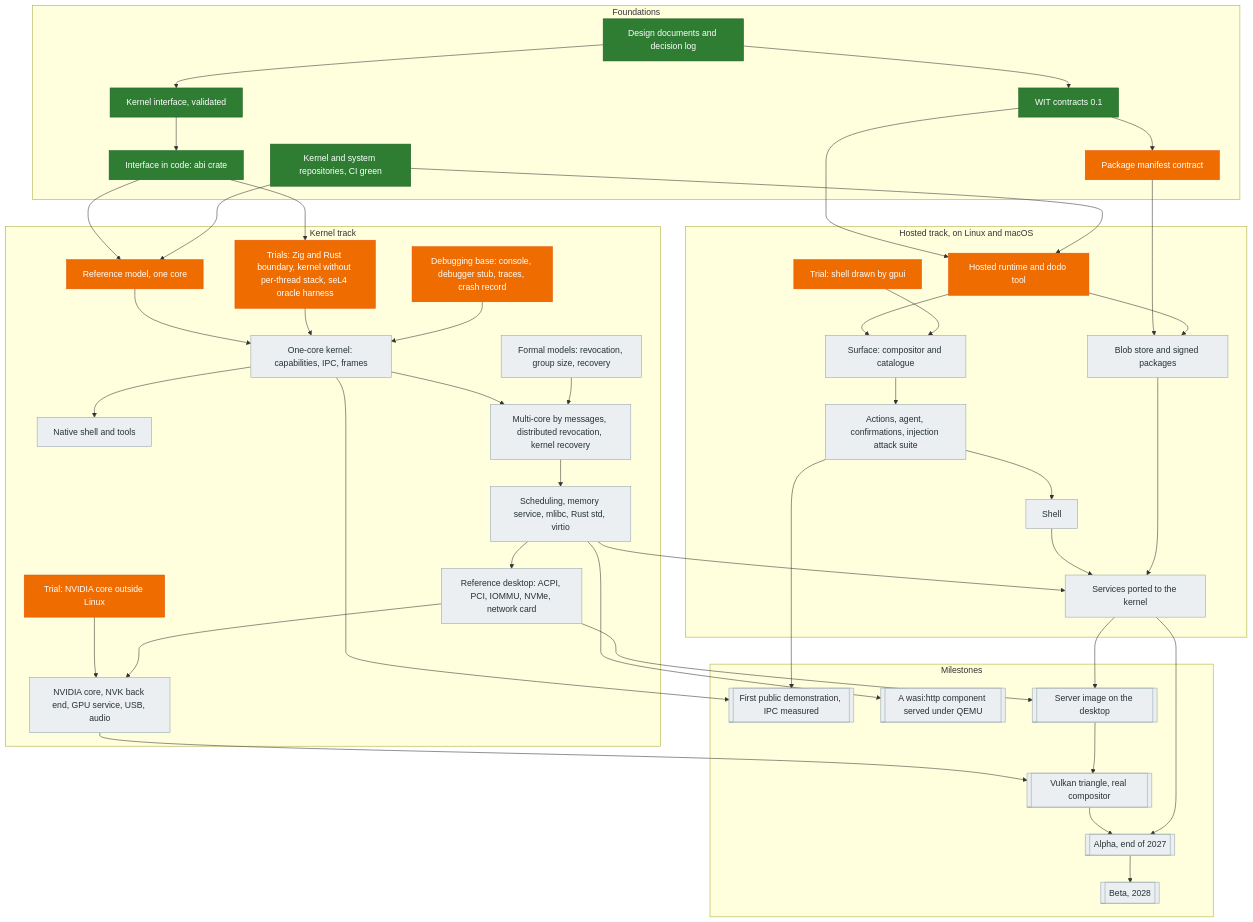
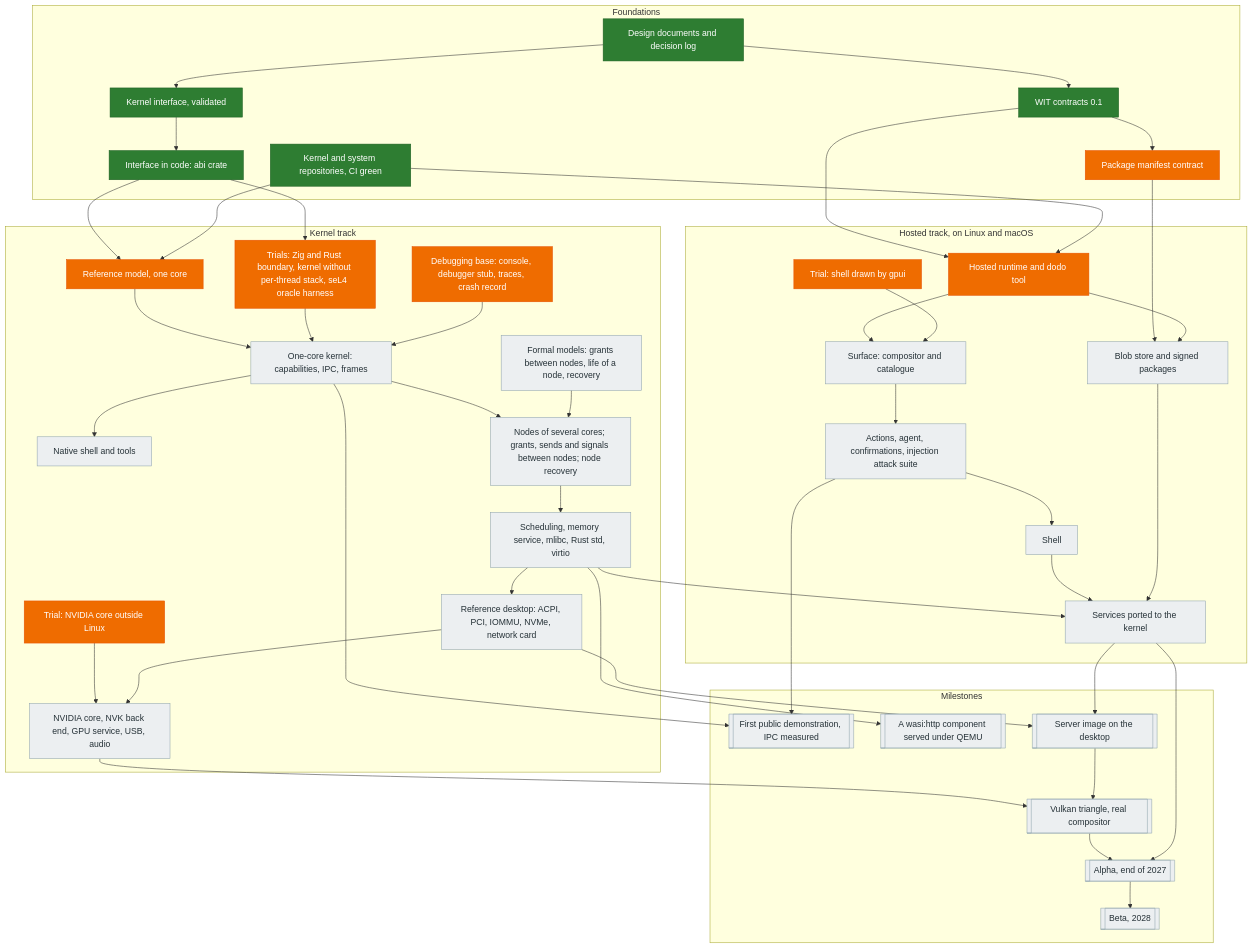
The diagram in plan/progress.md (LES-RATS/dodos-doc), drawn with Mermaid before and after one commit. The commit also changed other lines of this file and 2 other files, not shown here.

Commit message:
Plan and drafts: the shape of nodes and cores decided (D-128) and written (D-129)

````diff
--- a/plan/progress.md
+++ b/plan/progress.md
@@ -9,76 +9,76 @@
 ```mermaid
 flowchart TD
     classDef done fill:#2e7d32,stroke:#1b5e20,color:#ffffff
     classDef next fill:#ef6c00,stroke:#e65100,color:#ffffff
     classDef later fill:#eceff1,stroke:#90a4ae,color:#263238
 
     subgraph Foundations
         design["Design documents and decision log"]:::done
         kif["Kernel interface, validated"]:::done
         abi["Interface in code: abi crate"]:::done
         wit["WIT contracts 0.1"]:::done
         repos["Kernel and system repositories, CI green"]:::done
         manifest["Package manifest contract"]:::next
     end
 
     subgraph Kernel["Kernel track"]
         model["Reference model, one core"]:::next
         trials["Trials: Zig and Rust boundary, kernel without per-thread stack, seL4 oracle harness"]:::next
         debug["Debugging base: console, debugger stub, traces, crash record"]:::next
         k1["One-core kernel: capabilities, IPC, frames"]:::later
         tools["Native shell and tools"]:::later
-        models3["Formal models: revocation, group size, recovery"]:::later
-        kn["Multi-core by messages, distributed revocation, kernel recovery"]:::later
+        models3["Formal models: grants between nodes, life of a node, recovery"]:::later
+        kn["Nodes of several cores; grants, sends and signals between nodes; node recovery"]:::later
         sched["Scheduling, memory service, mlibc, Rust std, virtio"]:::later
         hw["Reference desktop: ACPI, PCI, IOMMU, NVMe, network card"]:::later
         gputrial["Trial: NVIDIA core outside Linux"]:::next
         gpu["NVIDIA core, NVK back end, GPU service, USB, audio"]:::later
     end
 
     subgraph Hosted["Hosted track, on Linux and macOS"]
         runtime["Hosted runtime and dodo tool"]:::next
         gpuitrial["Trial: shell drawn by gpui"]:::next
         surface["Surface: compositor and catalogue"]:::later
         agent["Actions, agent, confirmations, injection attack suite"]:::later
         shell["Shell"]:::later
         store["Blob store and signed packages"]:::later
         ported["Services ported to the kernel"]:::later
     end
 
     subgraph Milestones
         demo[["First public demonstration, IPC measured"]]:::later
         http[["A wasi:http component served under QEMU"]]:::later
         server[["Server image on the desktop"]]:::later
         triangle[["Vulkan triangle, real compositor"]]:::later
         alpha[["Alpha, end of 2027"]]:::later
         beta[["Beta, 2028"]]:::later
     end
 
     design --> kif --> abi --> model
     design --> wit --> runtime
     repos --> model
     repos --> runtime
     wit --> manifest --> store
     abi --> trials
     model --> k1
     trials --> k1
     debug --> k1
     k1 --> tools
     k1 --> demo
     k1 --> kn
     models3 --> kn
     kn --> sched --> http
     sched --> hw --> server
     gputrial --> gpu
     hw --> gpu --> triangle
 
     runtime --> surface --> agent --> shell
     gpuitrial --> surface
     runtime --> store
     agent --> demo
     shell --> ported
     store --> ported
     sched --> ported --> server
     server --> triangle --> alpha --> beta
     ported --> alpha
 ```
````
